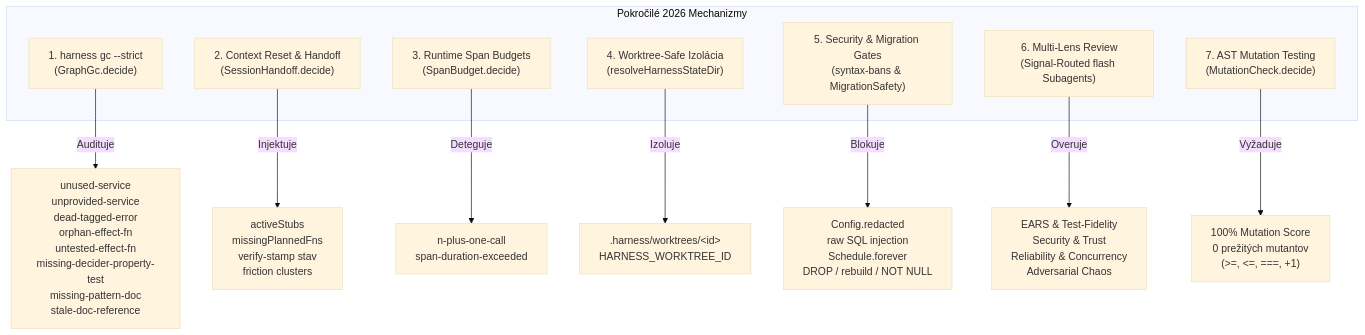
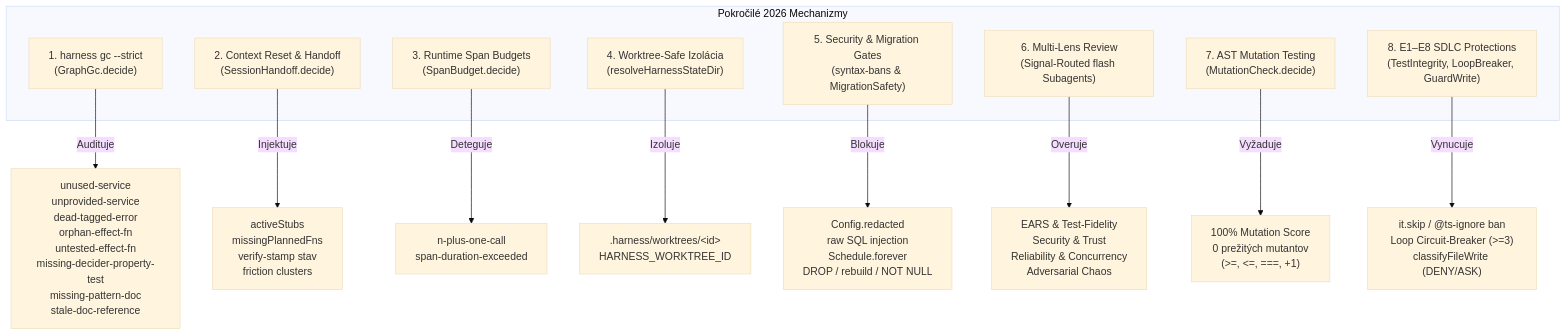
One commit to selmeci/effect-es changed the fifth of 5 diagrams in docs/architecture-and-workflow.md. Above: the diagram before and after it, drawn with Mermaid (base theme). The commit also changed other lines of this file and 17 other files, not shown here.

Commit message:
feat(harness): add test-integrity AST gate, LoopCircuitBreaker.decide, and classifyFileWrite write-surface guard (E1-E8)

````diff
--- a/docs/architecture-and-workflow.md
+++ b/docs/architecture-and-workflow.md
@@ -664,20 +664,22 @@
 ```mermaid
 graph TD
     subgraph "Pokročilé 2026 Mechanizmy"
         GC["1. harness gc --strict<br/>(GraphGc.decide)"]
         HANDOFF["2. Context Reset & Handoff<br/>(SessionHandoff.decide)"]
         BUDGET["3. Runtime Span Budgets<br/>(SpanBudget.decide)"]
         WORKTREE["4. Worktree-Safe Izolácia<br/>(resolveHarnessStateDir)"]
         GATES["5. Security & Migration Gates<br/>(syntax-bans & MigrationSafety)"]
         LENSES["6. Multi-Lens Review<br/>(Signal-Routed flash Subagents)"]
         MUTATE["7. AST Mutation Testing<br/>(MutationCheck.decide)"]
+        SDLC["8. E1–E8 SDLC Protections<br/>(TestIntegrity, LoopBreaker, GuardWrite)"]
     end
 
     GC -->|Audituje| G_ENTROPY["unused-service<br/>unprovided-service<br/>dead-tagged-error<br/>orphan-effect-fn<br/>untested-effect-fn<br/>missing-decider-property-test<br/>missing-pattern-doc<br/>stale-doc-reference"]
     HANDOFF -->|Injektuje| HO_DATA["activeStubs<br/>missingPlannedFns<br/>verify-stamp stav<br/>friction clusters"]
     BUDGET -->|Deteguje| B_VIOLATION["n-plus-one-call<br/>span-duration-exceeded"]
     WORKTREE -->|Izoluje| WT_DIR[".harness/worktrees/&lt;id&gt;<br/>HARNESS_WORKTREE_ID"]
     GATES -->|Blokuje| G_SAFETY["Config.redacted<br/>raw SQL injection<br/>Schedule.forever<br/>DROP / rebuild / NOT NULL"]
     LENSES -->|Overuje| L_SPECIALISTS["EARS & Test-Fidelity<br/>Security & Trust<br/>Reliability & Concurrency<br/>Adversarial Chaos"]
     MUTATE -->|Vyžaduje| M_SCORE["100% Mutation Score<br/>0 prežitých mutantov<br/>(>=, <=, ===, +1)"]
+    SDLC -->|Vynucuje| S_RULES["it.skip / @ts-ignore ban<br/>Loop Circuit-Breaker (>=3)<br/>classifyFileWrite (DENY/ASK)"]
 ```
````
